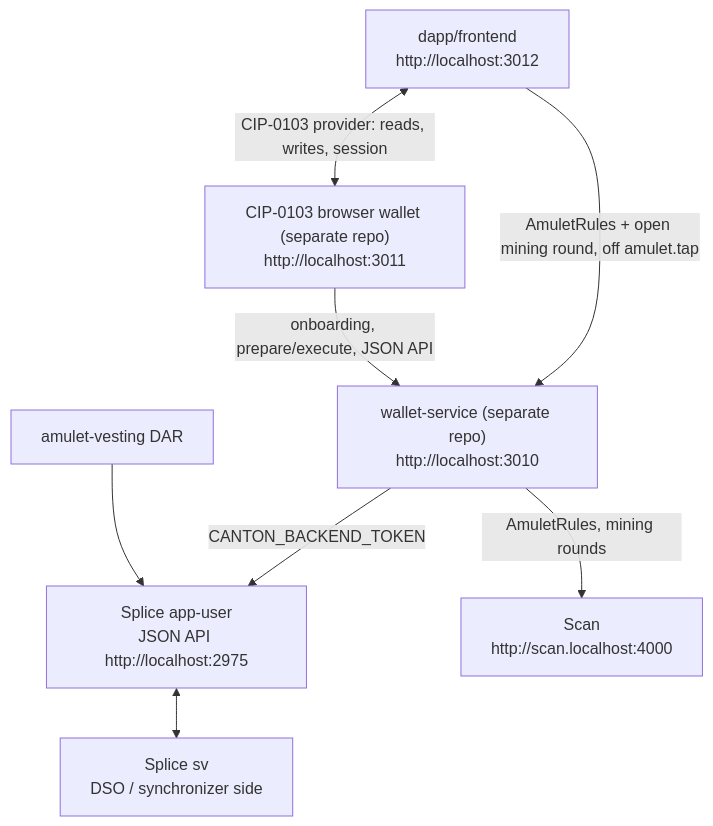
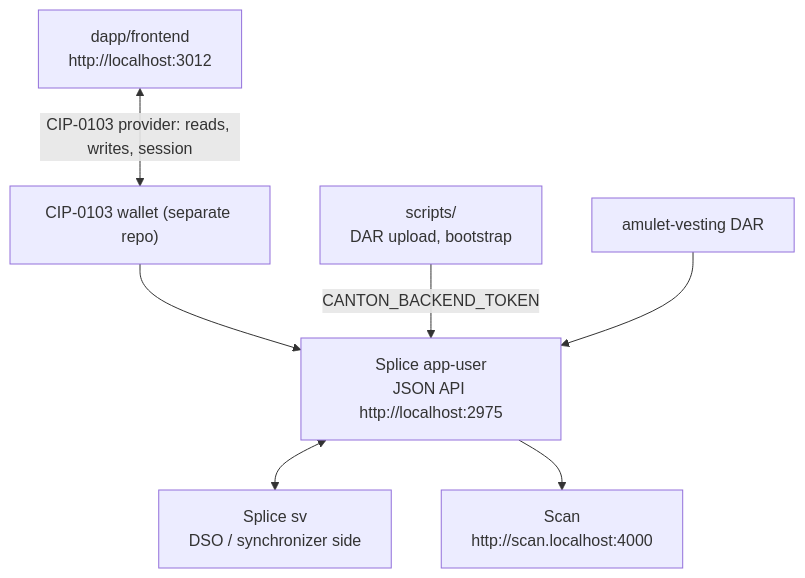
One commit to BootNodeDev/canton-dappbooster changed the diagram in architecture.md. Above: the diagram before and after it, drawn with Mermaid. The commit also changed other lines of this file and 4 other files, not shown here.

First line of the commit message:
docs: drop wallet-service and Carpincho

````diff
--- a/architecture.md
+++ b/architecture.md
@@ -23,18 +22,17 @@
 ```mermaid
 flowchart TD
   fe["dapp/frontend<br/>http://localhost:3012"]
-  wallet["CIP-0103 browser wallet (separate repo)<br/>http://localhost:3011"]
-  ws["wallet-service (separate repo)<br/>http://localhost:3010"]
+  wallet["CIP-0103 wallet (separate repo)"]
   au["Splice app-user<br/>JSON API http://localhost:2975"]
   sv["Splice sv<br/>DSO / synchronizer side"]
   scan["Scan<br/>http://scan.localhost:4000"]
   dar["amulet-vesting DAR"]
+  scripts["scripts/<br/>DAR upload, bootstrap"]
 
-  fe -->|"AmuletRules + open mining round, off amulet.tap"| ws
   fe <-->|"CIP-0103 provider: reads, writes, session"| wallet
-  wallet -->|"onboarding, prepare/execute, JSON API"| ws
-  ws -->|"CANTON_BACKEND_TOKEN"| au
-  ws -->|"AmuletRules, mining rounds"| scan
+  wallet --> au
+  scripts -->|"CANTON_BACKEND_TOKEN"| au
   au <--> sv
+  au --> scan
   dar --> au
 ```
````
